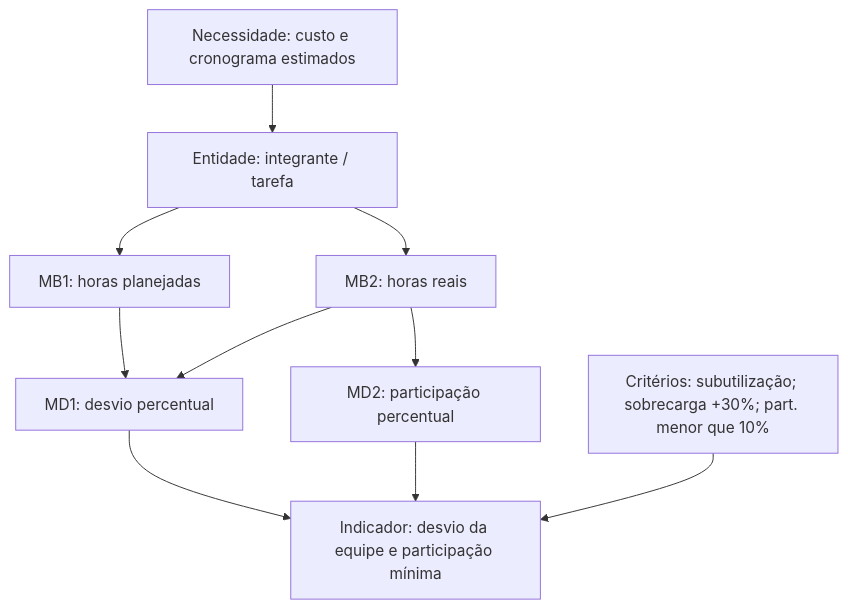
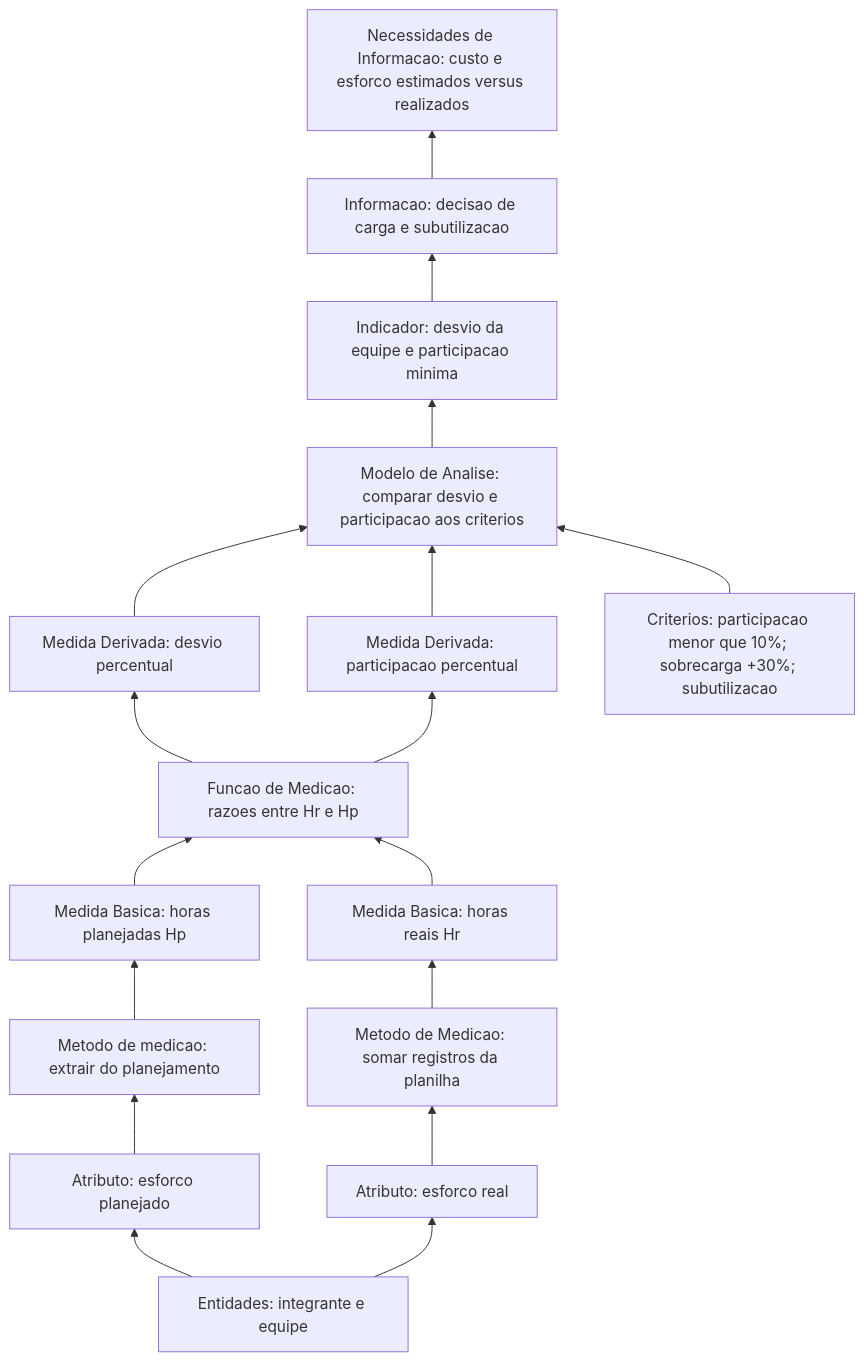
Before and after one commit to FCTE-Qualidade-de-Software-1/2026-2_T01_BETTY_SNYDER: the first of 2 diagrams in docs/gestao-psm/recursos-e-custos.md, drawn with Mermaid. The commit also changed other lines of this file and 5 other files, not shown here.

````diff
--- a/docs/gestao-psm/recursos-e-custos.md
+++ b/docs/gestao-psm/recursos-e-custos.md
@@ -19,20 +21,34 @@
 ```mermaid
-flowchart TB
-  need["Necessidade: custo e cronograma estimados"]
-  entity["Entidade: integrante / tarefa"]
-  hp["MB1: horas planejadas"]
-  hr["MB2: horas reais"]
-  desvio["MD1: desvio percentual"]
-  part["MD2: participação percentual"]
-  ind["Indicador: desvio da equipe e participação mínima"]
-  crit["Critérios: subutilização; sobrecarga +30%; part. menor que 10%"]
-  need --> entity
-  entity --> hp
-  entity --> hr
-  hp --> desvio
-  hr --> desvio
-  hr --> part
-  desvio --> ind
-  part --> ind
-  crit --> ind
+flowchart BT
+  need["Necessidades de Informacao: custo e esforco estimados versus realizados"]
+  info["Informacao: decisao de carga e subutilizacao"]
+  ind["Indicador: desvio da equipe e participacao minima"]
+  analise["Modelo de Analise: comparar desvio e participacao aos criterios"]
+  crit["Criterios: participacao menor que 10%; sobrecarga +30%; subutilizacao"]
+  md1["Medida Derivada: desvio percentual"]
+  md2["Medida Derivada: participacao percentual"]
+  func["Funcao de Medicao: razoes entre Hr e Hp"]
+  mb1["Medida Basica: horas planejadas Hp"]
+  mb2["Medida Basica: horas reais Hr"]
+  met1["Metodo de medicao: extrair do planejamento"]
+  met2["Metodo de Medicao: somar registros da planilha"]
+  attr1["Atributo: esforco planejado"]
+  attr2["Atributo: esforco real"]
+  ent["Entidades: integrante e equipe"]
+  ent --> attr1
+  ent --> attr2
+  attr1 --> met1
+  attr2 --> met2
+  met1 --> mb1
+  met2 --> mb2
+  mb1 --> func
+  mb2 --> func
+  func --> md1
+  func --> md2
+  md1 --> analise
+  md2 --> analise
+  crit --> analise
+  analise --> ind
+  ind --> info
+  info --> need
 ```
````
